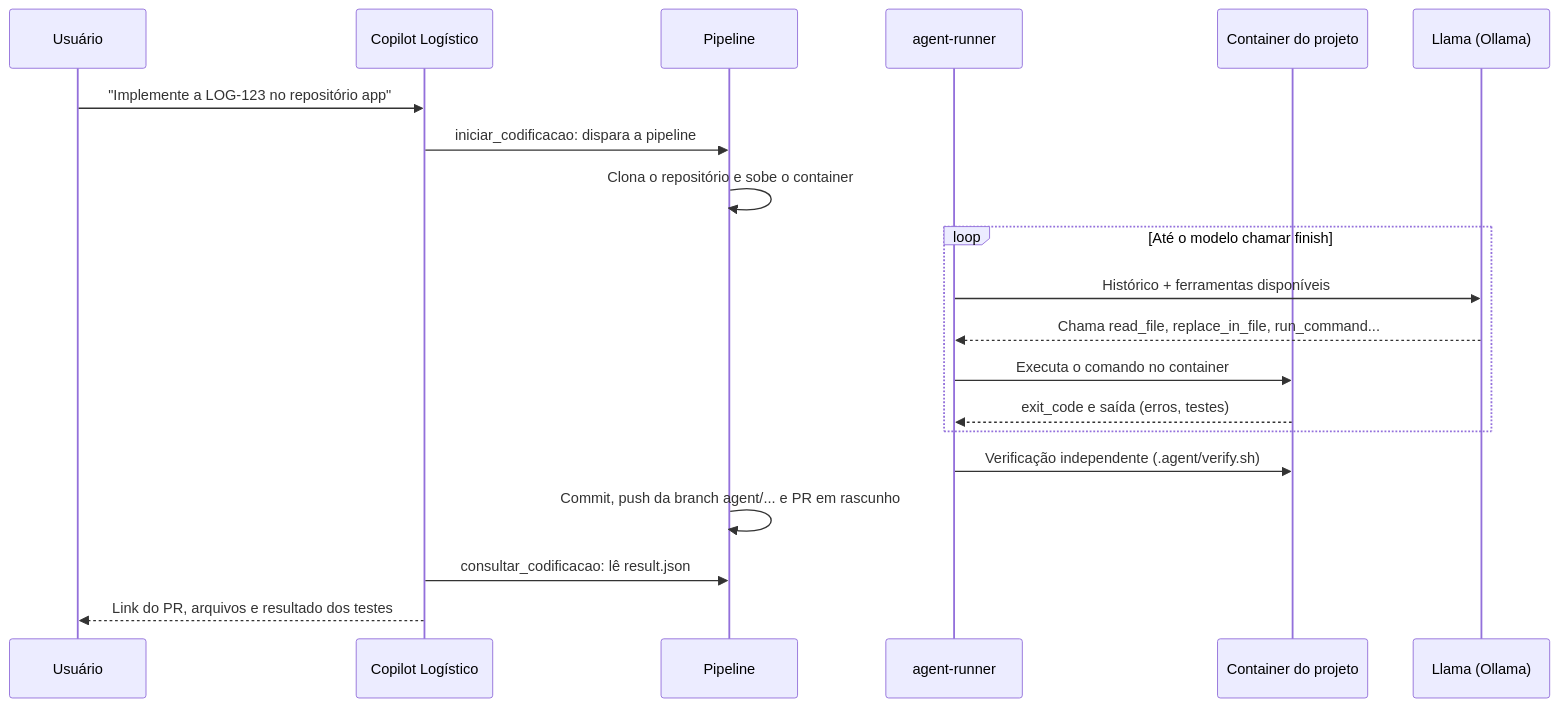
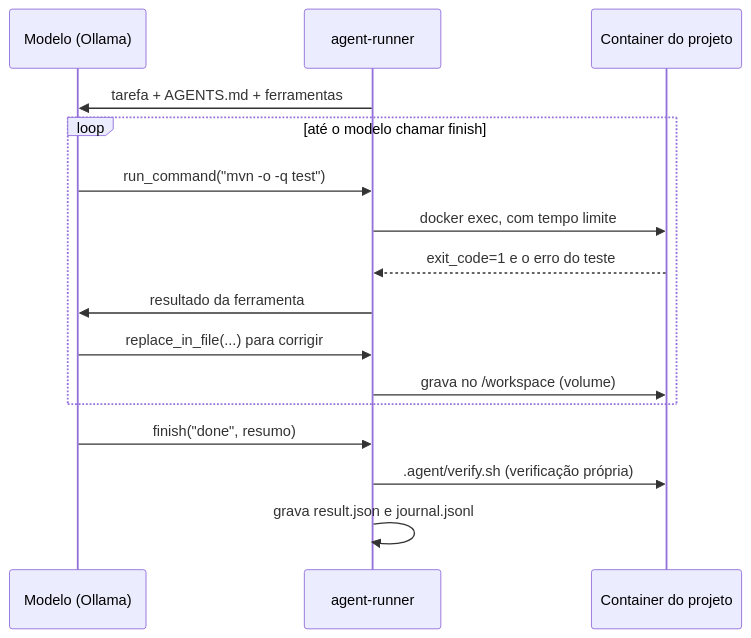
Before and after one commit to CaioMC/coding-agent: the second of 2 diagrams in README.md, drawn with Mermaid. The commit also changed other lines of this file and 71 other files, not shown here.

````diff
--- a/README.md
+++ b/README.md
@@ -12,22 +64,18 @@
 ```mermaid
 sequenceDiagram
-    participant U as Usuário
-    participant A as Copilot Logístico
-    participant P as Pipeline
+    participant L as Modelo (Ollama)
     participant R as agent-runner
     participant C as Container do projeto
-    participant L as Llama (Ollama)
-    U->>A: "Implemente a LOG-123 no repositório app"
-    A->>P: iniciar_codificacao: dispara a pipeline
-    P->>P: Clona o repositório e sobe o container
-    loop Até o modelo chamar finish
-        R->>L: Histórico + ferramentas disponíveis
-        L-->>R: Chama read_file, replace_in_file, run_command...
-        R->>C: Executa o comando no container
-        C-->>R: exit_code e saída (erros, testes)
+    R->>L: tarefa + AGENTS.md + ferramentas
+    loop até o modelo chamar finish
+        L->>R: run_command("mvn -o -q test")
+        R->>C: docker exec, com tempo limite
+        C-->>R: exit_code=1 e o erro do teste
+        R->>L: resultado da ferramenta
+        L->>R: replace_in_file(...) para corrigir
+        R->>C: grava no /workspace (volume)
     end
-    R->>C: Verificação independente (.agent/verify.sh)
-    P->>P: Commit, push da branch agent/... e PR em rascunho
-    A->>P: consultar_codificacao: lê result.json
-    A-->>U: Link do PR, arquivos e resultado dos testes
+    L->>R: finish("done", resumo)
+    R->>C: .agent/verify.sh (verificação própria)
+    R->>R: grava result.json e journal.jsonl
 ```
````
